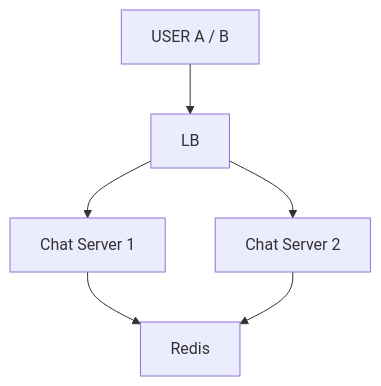
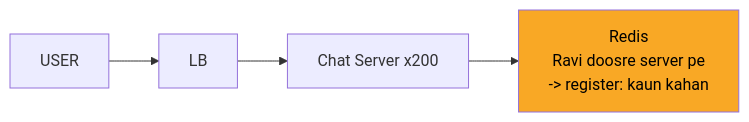
Before and after one commit to ArpanMaheshwari144/Prep: the third of 12 diagrams in 04_HLD/SYSTEM_DESIGNS/14_chat_messaging/14_chat_messaging.md, drawn with Mermaid. The commit also changed other lines of this file, not shown here.

Commit message:
chat: one-day story, short cards, follow-ups with rules, highlighted diagrams

````diff
--- a/04_HLD/SYSTEM_DESIGNS/14_chat_messaging/14_chat_messaging.md
+++ b/04_HLD/SYSTEM_DESIGNS/14_chat_messaging/14_chat_messaging.md
@@ -161,13 +167,11 @@
 ```mermaid
-flowchart TD
-    n_USER_A_B["USER A / B"]
+flowchart LR
+    n_U["USER"]
     n_LB["LB"]
-    n_Chat_Server_x_200_1["Chat Server 1"]
-    n_Chat_Server_x_200_2["Chat Server 2"]
-    n_Redis["Redis"]
-    n_USER_A_B --> n_LB
-    n_LB --> n_Chat_Server_x_200_1
-    n_LB --> n_Chat_Server_x_200_2
-    n_Chat_Server_x_200_1 --> n_Redis
-    n_Chat_Server_x_200_2 --> n_Redis
+    n_CS["Chat Server x200"]
+    n_R["Redis<br/>Ravi doosre server pe<br/>-> register: kaun kahan"]
+    n_U --> n_LB
+    n_LB --> n_CS
+    n_CS --> n_R
+    style n_R fill:#f9a825,color:#000
 ```
````
